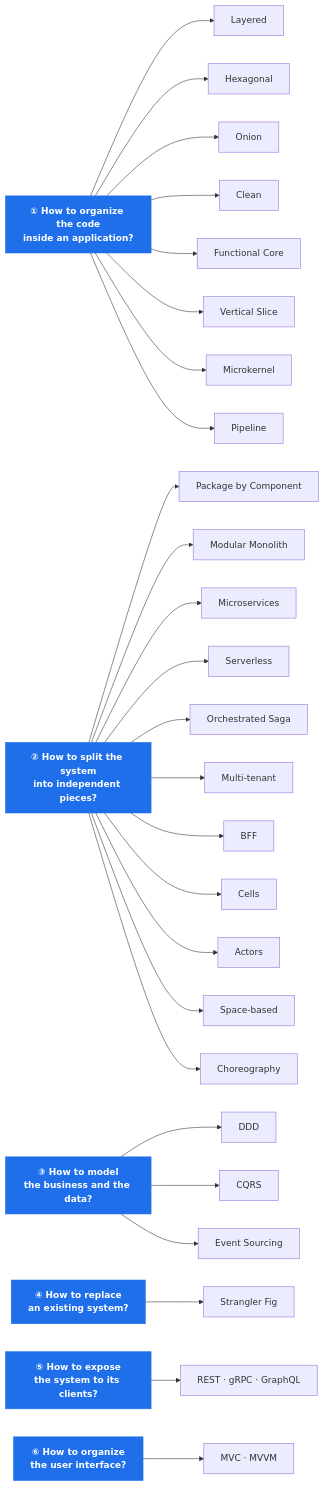
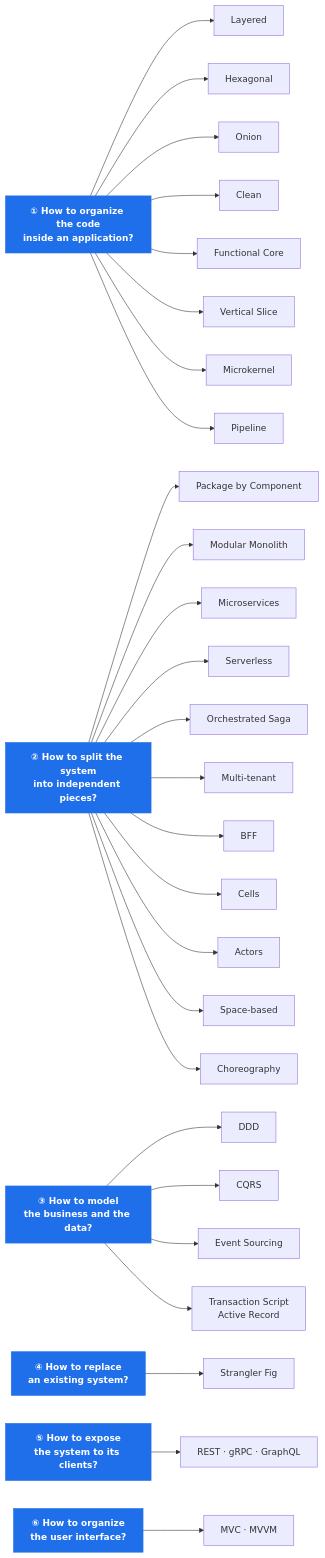
One commit to drangoht/ArchitecturesDemo changed the first of 4 diagrams in Docs/en/README.md. Above: the diagram before and after it, drawn with Mermaid. The commit also changed other lines of this file and 55 other files, not shown here.

First line of the commit message:
Demo 25: Transaction Script and Active Record (the starting point)

````diff
--- a/Docs/en/README.md
+++ b/Docs/en/README.md
@@ -71,43 +72,44 @@
 ```mermaid
 flowchart LR
     Q1["<b>① How to organize the code<br/>inside an application?</b>"]
     Q2["<b>② How to split the system<br/>into independent pieces?</b>"]
     Q3["<b>③ How to model<br/>the business and the data?</b>"]
     Q4["<b>④ How to replace<br/>an existing system?</b>"]
     Q5["<b>⑤ How to expose<br/>the system to its clients?</b>"]
     Q6["<b>⑥ How to organize<br/>the user interface?</b>"]
 
     Q1 --> C0["Layered"]
     Q1 --> C1["Hexagonal"]
     Q1 --> C2["Onion"]
     Q1 --> C3["Clean"]
     Q1 --> C4["Functional Core"]
     Q1 --> C5["Vertical Slice"]
     Q1 --> C13["Microkernel"]
     Q1 --> C20["Pipeline"]
 
     Q2 --> D6["Package by Component"]
     Q2 --> D7["Modular Monolith"]
     Q2 --> D8["Microservices"]
     Q2 --> D12["Serverless"]
     Q2 --> D14["Orchestrated Saga"]
     Q2 --> D15["Multi-tenant"]
     Q2 --> D16["BFF"]
     Q2 --> D17["Cells"]
     Q2 --> D18["Actors"]
     Q2 --> D19["Space-based"]
     Q2 --> D21["Choreography"]
 
     Q3 --> M11["DDD"]
     Q3 --> M9["CQRS"]
     Q3 --> M10["Event Sourcing"]
+    Q3 --> M25["Transaction Script<br/>Active Record"]
 
     Q4 --> S22["Strangler Fig"]
 
     Q5 --> E23["REST · gRPC · GraphQL"]
 
     Q6 --> P24["MVC · MVVM"]
 
     classDef q fill:#1f6feb,color:#fff,stroke:#1f6feb
     class Q1,Q2,Q3,Q4,Q5,Q6 q
 ```
````
